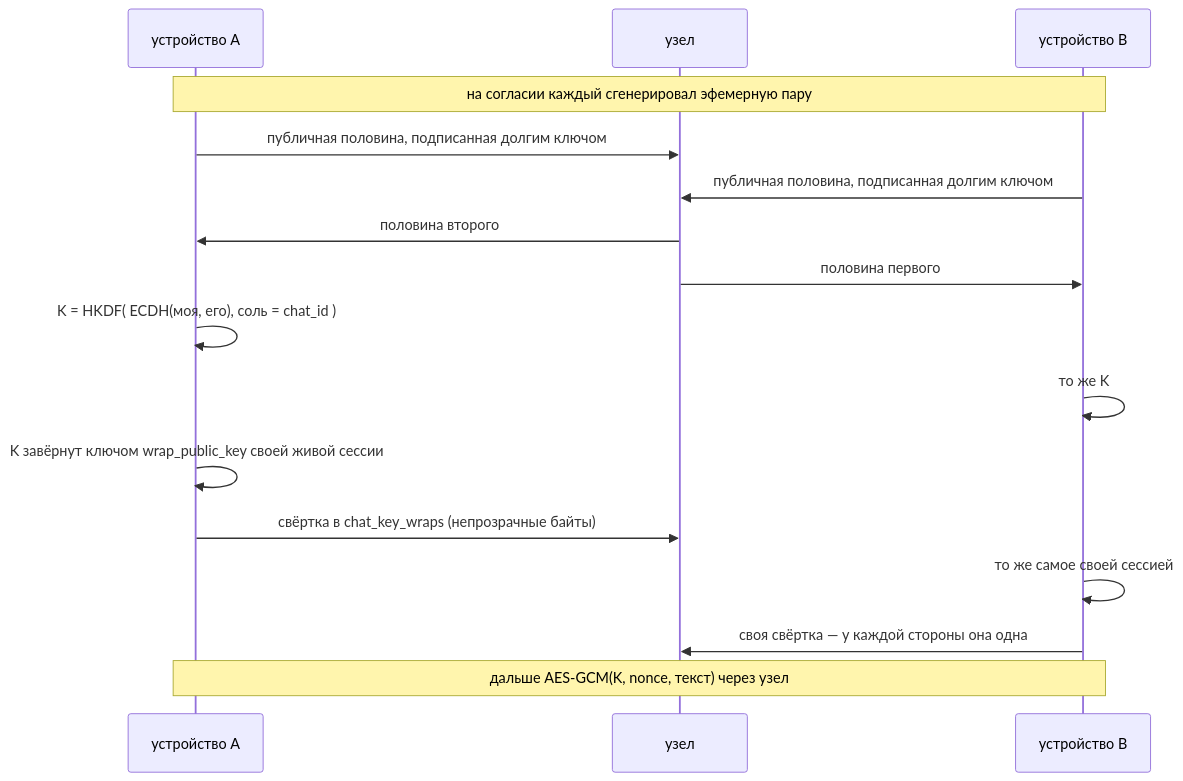
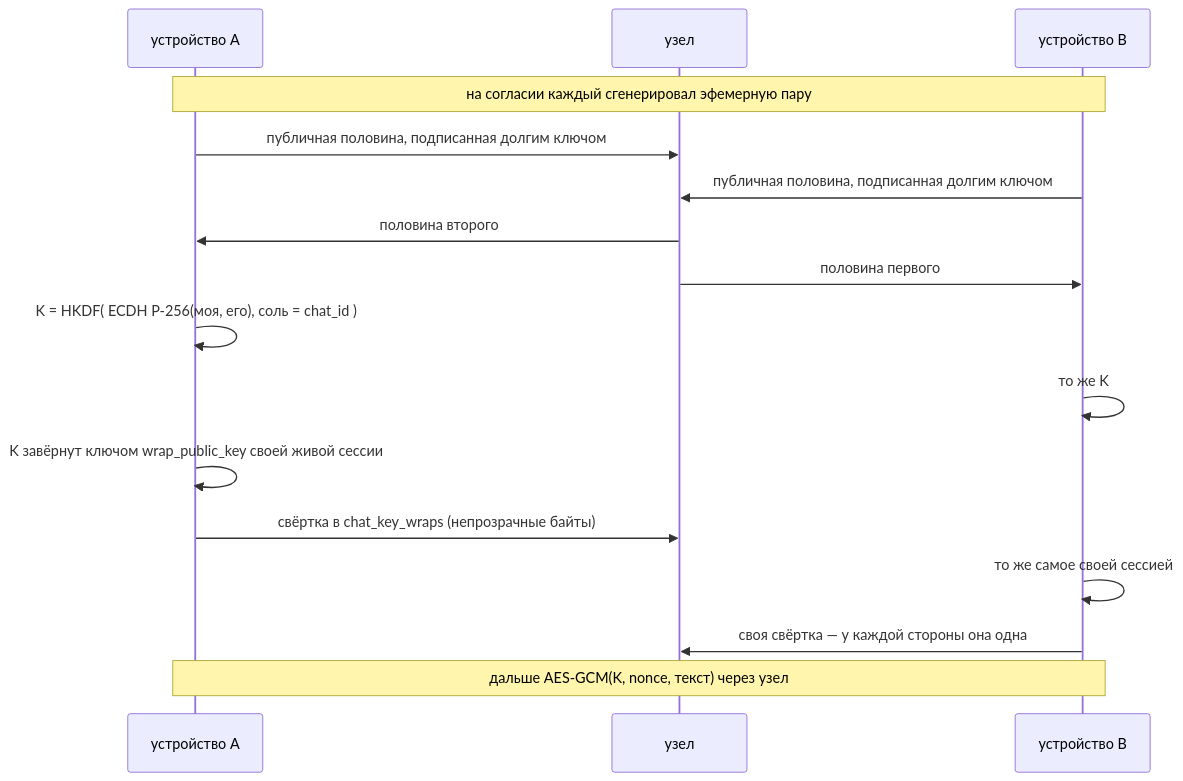
Diagram 13 of 26 in docs/chat-flows_RU.md (panov-id/xor.ad), drawn with Mermaid before and after one commit. The commit also changed other lines of this file and 7 other files, not shown here.

````diff
--- a/docs/chat-flows_RU.md
+++ b/docs/chat-flows_RU.md
@@ -414,18 +416,18 @@
 ```mermaid
 sequenceDiagram
   participant A as устройство A
   participant N as узел
   participant B as устройство B
   Note over A,B: на согласии каждый сгенерировал эфемерную пару
   A->>N: публичная половина, подписанная долгим ключом
   B->>N: публичная половина, подписанная долгим ключом
   N->>A: половина второго
   N->>B: половина первого
-  A->>A: K = HKDF#40; ECDH#40;моя, его#41;, соль = chat_id #41;
+  A->>A: K = HKDF#40; ECDH P-256#40;моя, его#41;, соль = chat_id #41;
   B->>B: то же K
   A->>A: K завёрнут ключом wrap_public_key своей живой сессии
   A->>N: свёртка в chat_key_wraps #40;непрозрачные байты#41;
   B->>B: то же самое своей сессией
   B->>N: своя свёртка — у каждой стороны она одна
   Note over A,B: дальше AES-GCM#40;K, nonce, текст#41; через узел
 ```
````
